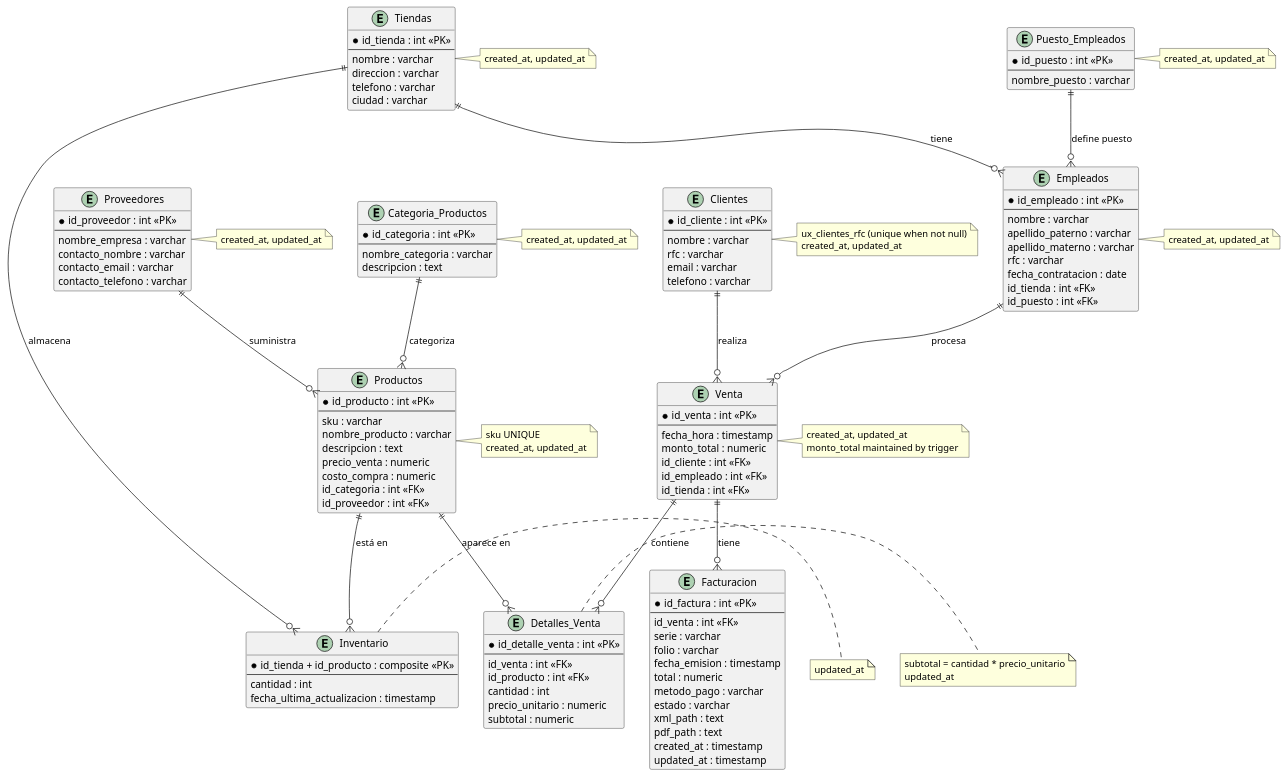
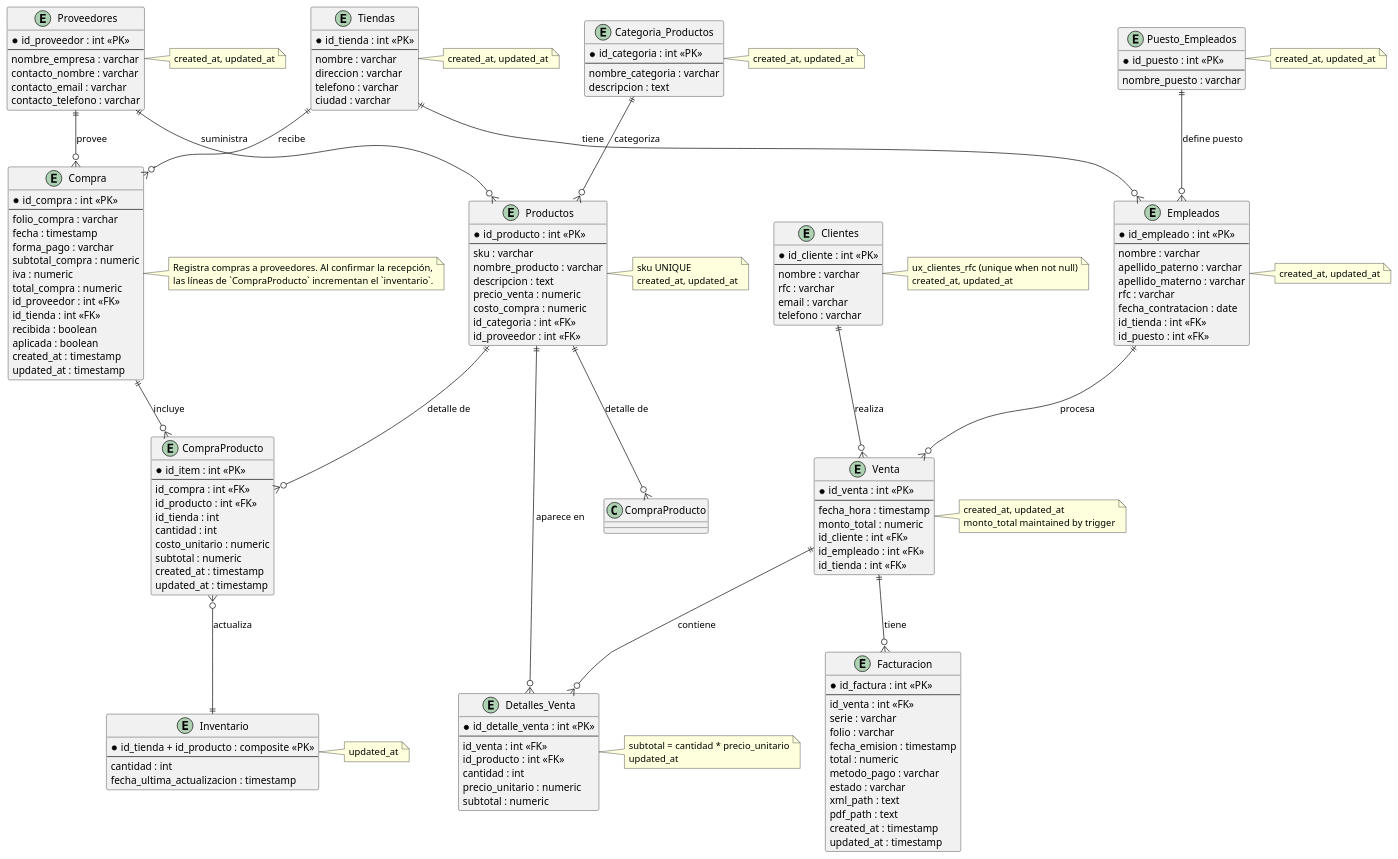
Before and after one commit to Vegasavd/Model_logic: the diagram in Model_logic/modelo_logico.puml, drawn with PlantUML. The commit also changed 10 other files, not shown here.

```diff
--- a/Model_logic/modelo_logico.puml
+++ b/Model_logic/modelo_logico.puml
@@ -146,8 +146,49 @@
 Empleado ||--o{ Venta : "procesa"
 Venta ||--o{ Detalle : "contiene"
 Producto ||--o{ Detalle : "aparece en"
-Tiendas ||--o{ Inventario : "almacena"
-Producto ||--o{ Inventario : "está en"
+Producto ||--o{ CompraProducto : "detalle de"
+
+ ' --- Compras y Facturación ---
+entity "Compra" as Compra {
+  *id_compra : int <<PK>>
+  --
+  folio_compra : varchar
+  fecha : timestamp
+  forma_pago : varchar
+  subtotal_compra : numeric
+  iva : numeric
+  total_compra : numeric
+  id_proveedor : int <<FK>>
+  id_tienda : int <<FK>>
+  recibida : boolean
+  aplicada : boolean
+  created_at : timestamp
+  updated_at : timestamp
+}
+
+entity "CompraProducto" as CompraItem {
+  *id_item : int <<PK>>
+  --
+  id_compra : int <<FK>>
+  id_producto : int <<FK>>
+  id_tienda : int
+  cantidad : int
+  costo_unitario : numeric
+  subtotal : numeric
+  created_at : timestamp
+  updated_at : timestamp
+}
+
+note right of Compra
+  Registra compras a proveedores. Al confirmar la recepción,
+  las líneas de `CompraProducto` incrementan el `inventario`.
+end note
+
+Proveedor ||--o{ Compra : "provee"
+Tiendas ||--o{ Compra : "recibe"
+Compra ||--o{ CompraItem : "incluye"
+Producto ||--o{ CompraItem : "detalle de"
+CompraItem }o--|| Inventario : "actualiza"
 
 entity "Facturacion" as Facturacion {
   *id_factura : int <<PK>>
```
